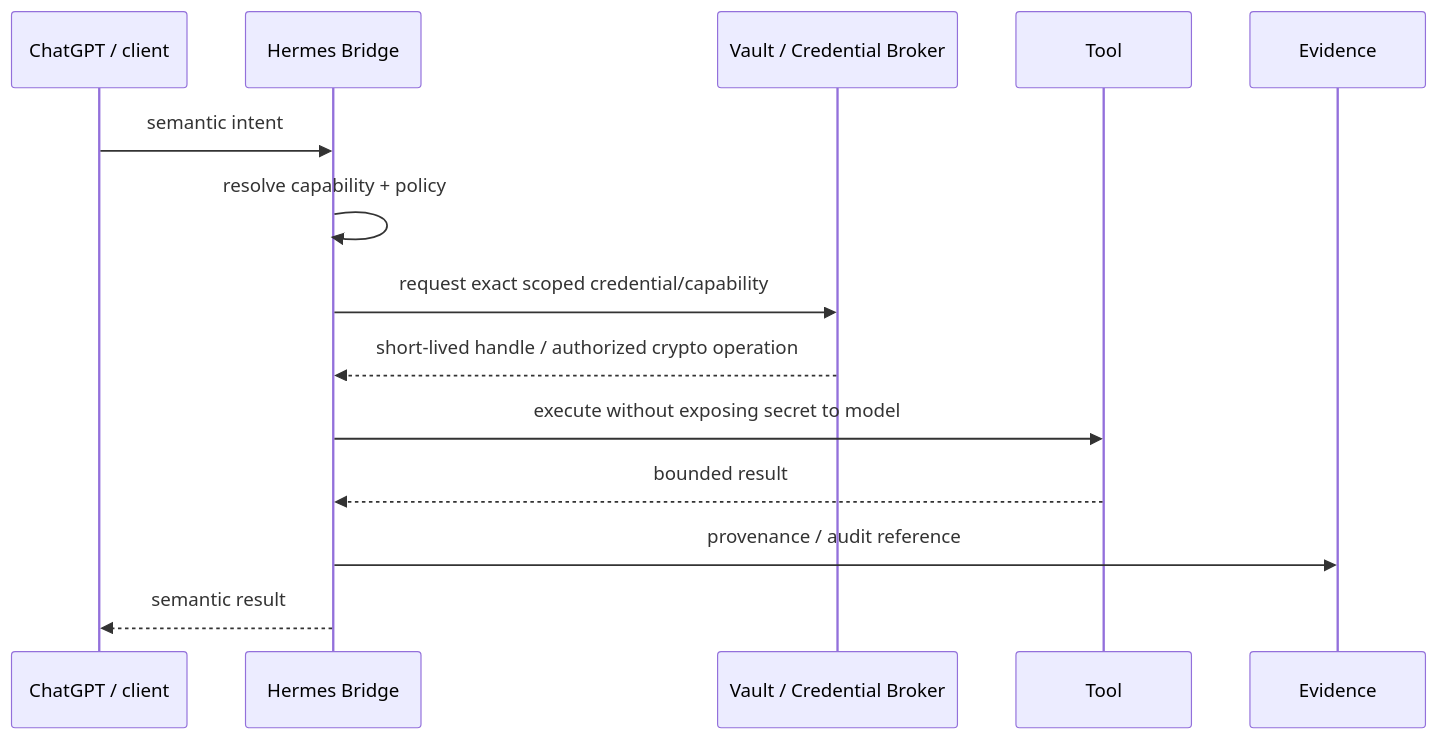
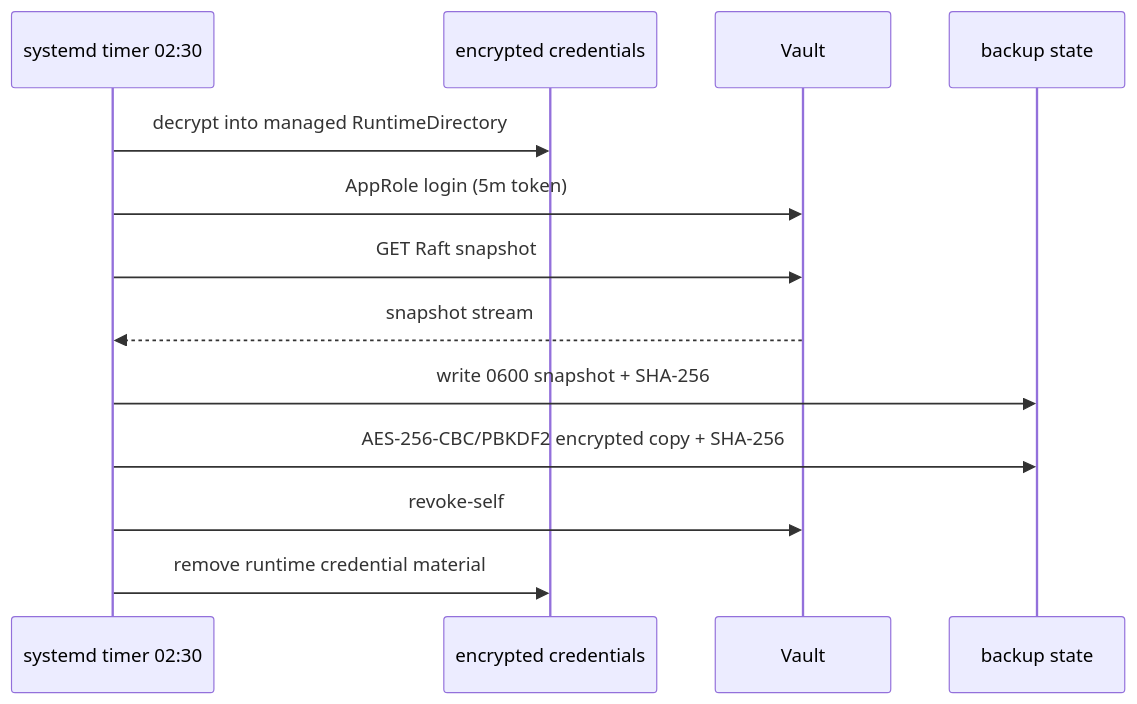
The third of 4 diagrams in README.md (pestoura/hermes-vault), drawn with Mermaid before and after one commit. The commit also changed other lines of this file and 14 other files, not shown here.

````diff
--- a/README.md
+++ b/README.md
@@ -106,17 +97,15 @@
 ```mermaid
 sequenceDiagram
-    participant C as ChatGPT / client
-    participant B as Hermes Bridge
-    participant V as Vault / Credential Broker
-    participant T as Tool
-    participant E as Evidence
-
-    C->>B: semantic intent
-    B->>B: resolve capability + policy
-    B->>V: request exact scoped credential/capability
-    V-->>B: short-lived handle / authorized crypto operation
-    B->>T: execute without exposing secret to model
-    T-->>B: bounded result
-    B->>E: provenance / audit reference
-    B-->>C: semantic result
+    participant T as systemd timer 02:30
+    participant C as encrypted credentials
+    participant V as Vault
+    participant B as backup state
+    T->>C: decrypt into managed RuntimeDirectory
+    T->>V: AppRole login (5m token)
+    T->>V: GET Raft snapshot
+    V-->>T: snapshot stream
+    T->>B: write 0600 snapshot + SHA-256
+    T->>B: AES-256-CBC/PBKDF2 encrypted copy + SHA-256
+    T->>V: revoke-self
+    T->>C: remove runtime credential material
 ```
````
